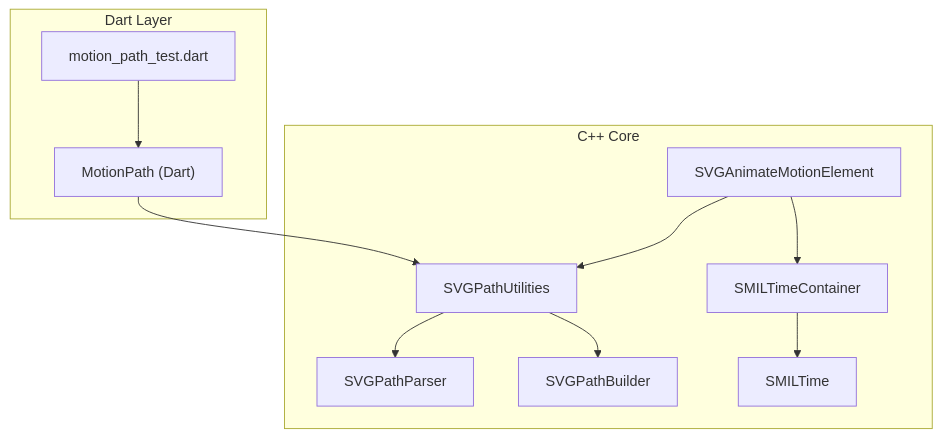
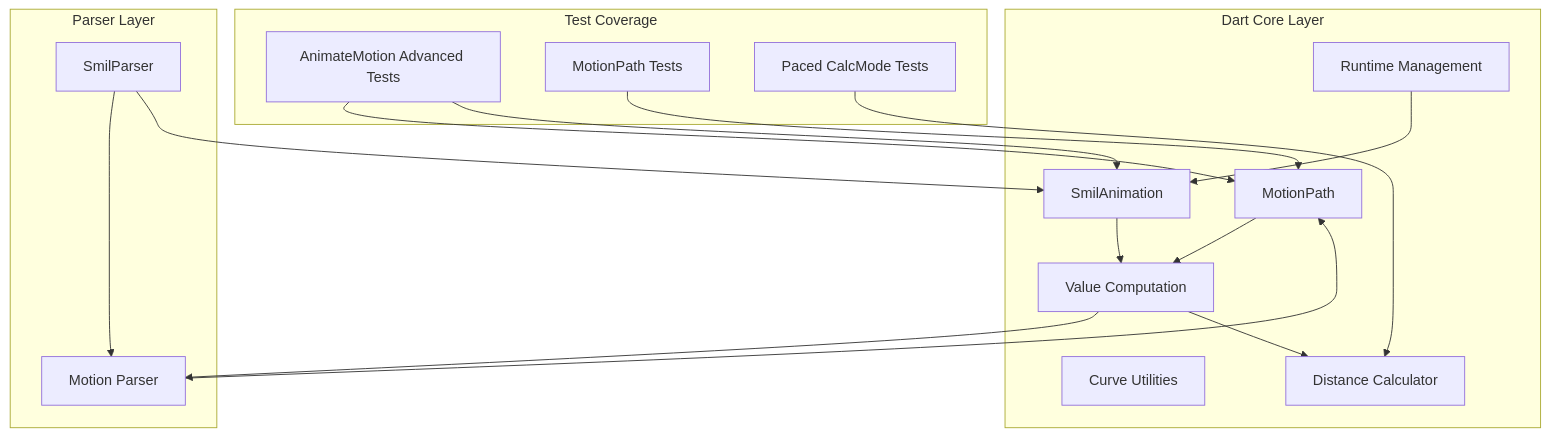
Before and after one commit to denisnadey/flutter_full_svg_support: the first of 6 diagrams in .qoder/repowiki/en/content/Animated SVG Support/Advanced Animation Features/Motion Animation and Path Tracking.md, drawn with Mermaid. The commit also changed other lines of this file and 31 other files, not shown here.

First line of the commit message:
feat(smil-animation): implement advanced motion animation and path tracking

````diff
--- a/.qoder/repowiki/en/content/Animated SVG Support/Advanced Animation Features/Motion Animation and Path Tracking.md
+++ b/.qoder/repowiki/en/content/Animated SVG Support/Advanced Animation Features/Motion Animation and Path Tracking.md
@@ -47,22 +61,32 @@
 ```mermaid
 graph TB
-subgraph "Dart Layer"
-MP["MotionPath (Dart)"]
-Tests["motion_path_test.dart"]
+subgraph "Dart Core Layer"
+MP["MotionPath"]
+SA["SmilAnimation"]
+SAC["Value Computation"]
+SAR["Runtime Management"]
+SACU["Curve Utilities"]
+DC["Distance Calculator"]
 end
-subgraph "C++ Core"
-AMP["SVGAnimateMotionElement"]
-PUtil["SVGPathUtilities"]
-PParser["SVGPathParser"]
-PBuilder["SVGPathBuilder"]
-STime["SMILTime"]
-STC["SMILTimeContainer"]
+subgraph "Parser Layer"
+SP["SmilParser"]
+SPM["Motion Parser"]
 end
-MP --> PUtil
-AMP --> PUtil
-PUtil --> PParser
-PUtil --> PBuilder
-AMP --> STC
-STC --> STime
-Tests --> MP
+subgraph "Test Coverage"
+AMAT["AnimateMotion Advanced Tests"]
+MPT["MotionPath Tests"]
+PCM["Paced CalcMode Tests"]
+end
+MP --> SAC
+SA --> SAC
+SAC --> SPM
+SP --> SPM
+SP --> SA
+SPM --> MP
+SAC --> DC
+SAR --> SA
+AMAT --> MP
+AMAT --> SA
+MPT --> MP
+PCM --> DC
 ```
````
